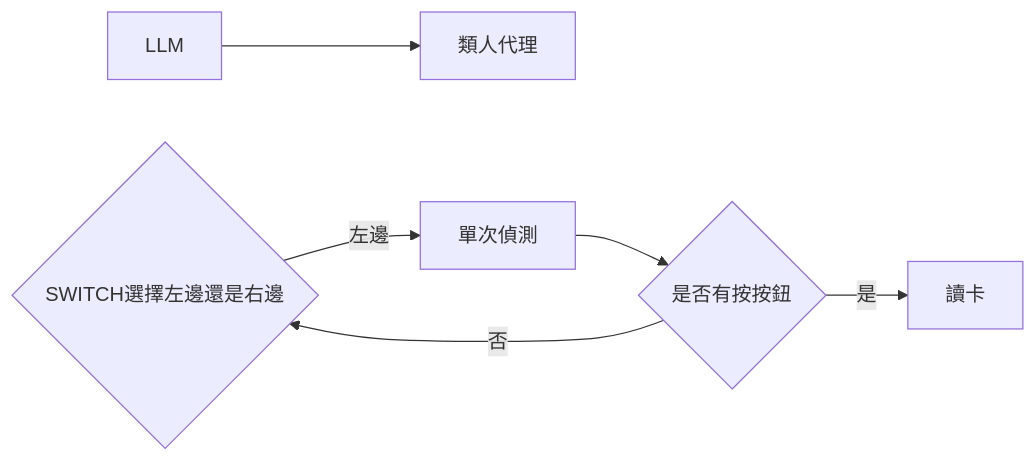
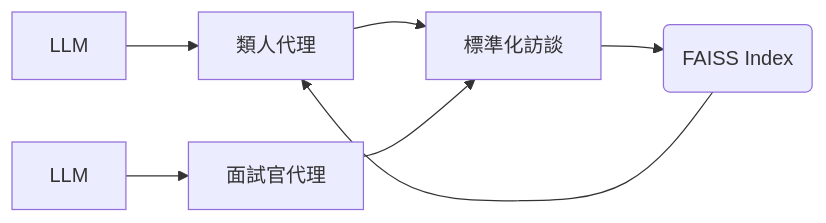
Before and after one commit to llm-psychology/PersonaDough: the diagram in README.md, drawn with Mermaid.

````diff
--- a/README.md
+++ b/README.md
@@ -12,7 +12,9 @@
 ```mermaid
-      graph LR
-      L_LLM[LLM] --> L_agent[類人代理]
-      input{SWITCH選擇方向} -- 左邊 --> case_single[單次偵測] --> button{是否有按按鈕}
-      button{是否有按按鈕} -- 否 --> input{SWITCH選擇左邊還是右邊}
-      button{是否有按按鈕} -- 是 --> read_id[讀卡]
+    graph LR
+    L_LLM[LLM] --> L_agent[類人代理]
+    R_LLM[LLM] --> R_agent[面試官代理]
+    L_agent[類人代理] --> context[標準化訪談]
+    R_agent[面試官代理] --> context[標準化訪談]
+    context[標準化訪談] --> vdb[FAISS Index]
+    vdb(FAISS Index) --> L_agent[類人代理]
 ```
````
